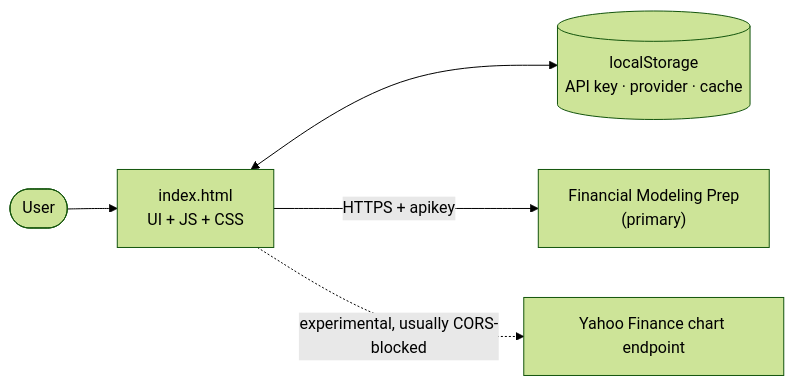
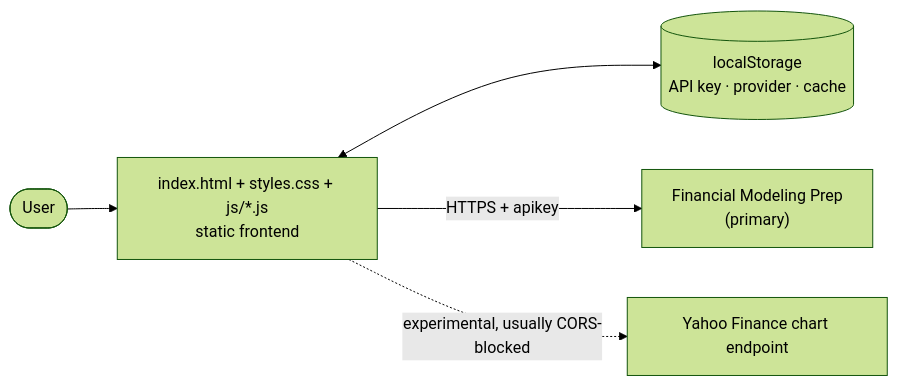
The diagram in README.md (Shlomi-Hazan/value-stock-finder), drawn with Mermaid (forest theme) before and after one commit. The commit also changed other lines of this file and 27 other files, not shown here.

````diff
--- a/README.md
+++ b/README.md
@@ -76,7 +76,7 @@
 ```mermaid
 flowchart LR
-  User([User]) --> UI["index.html<br/>UI + JS + CSS"]
+  User([User]) --> UI["index.html + styles.css + js/*.js<br/>static frontend"]
   UI <--> LS[("localStorage<br/>API key · provider · cache")]
   UI -->|HTTPS + apikey| FMP["Financial Modeling Prep<br/>(primary)"]
   UI -.->|experimental, usually CORS-blocked| YF["Yahoo Finance chart endpoint"]
 ```
````
